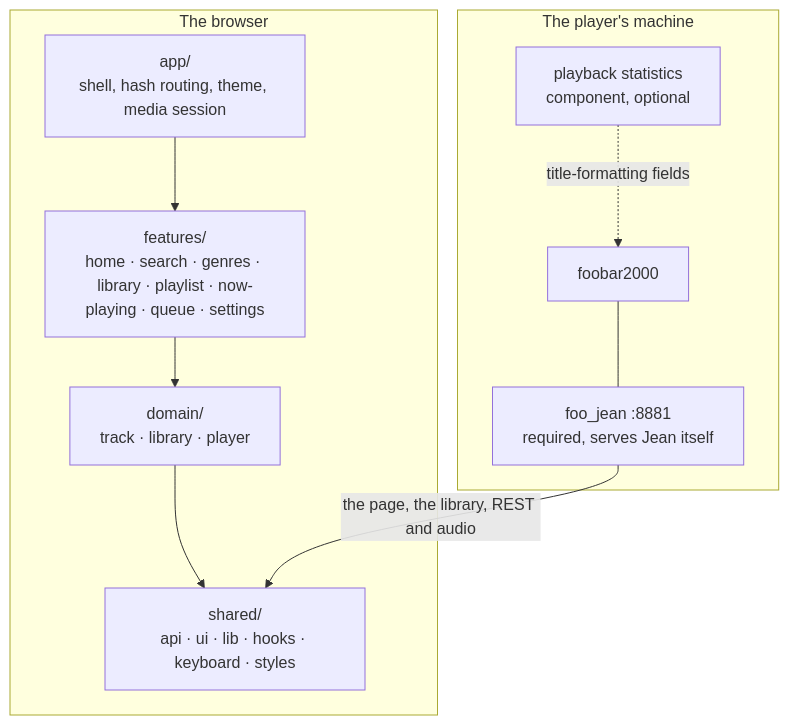
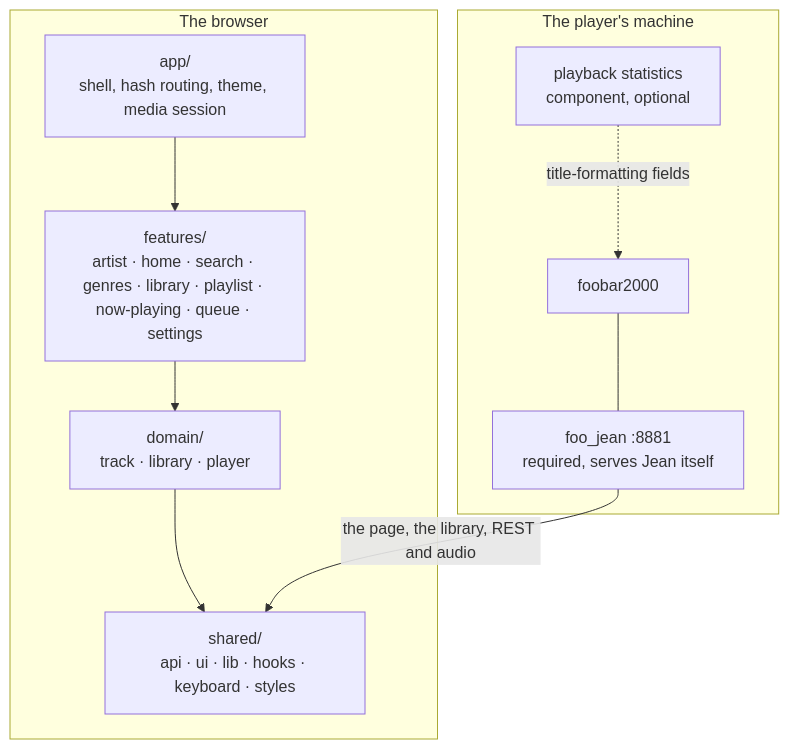
One commit to enrique-ramirez/jean changed the diagram in ui/ARCHITECTURE.md. Above: the diagram before and after it, drawn with Mermaid. The commit also changed other lines of this file and 19 other files, not shown here.

````diff
--- a/ui/ARCHITECTURE.md
+++ b/ui/ARCHITECTURE.md
@@ -9,22 +9,22 @@
 ```mermaid
 flowchart TB
   subgraph machine["The player's machine"]
     fb["foobar2000"]
     fj["foo_jean :8881<br/>required, serves Jean itself"]
     stats["playback statistics<br/>component, optional"]
     fb --- fj
     stats -.->|title-formatting fields| fb
   end
 
   subgraph browser["The browser"]
     app["app/<br/>shell, hash routing, theme, media session"]
-    features["features/<br/>home · search · genres · library · playlist · now-playing · queue · settings"]
+    features["features/<br/>artist · home · search · genres · library · playlist · now-playing · queue · settings"]
     domain["domain/<br/>track · library · player"]
     shared["shared/<br/>api · ui · lib · hooks · keyboard · styles"]
     app --> features
     features --> domain
     domain --> shared
   end
 
   fj -->|"the page, the library, REST and audio"| shared
 ```
````
